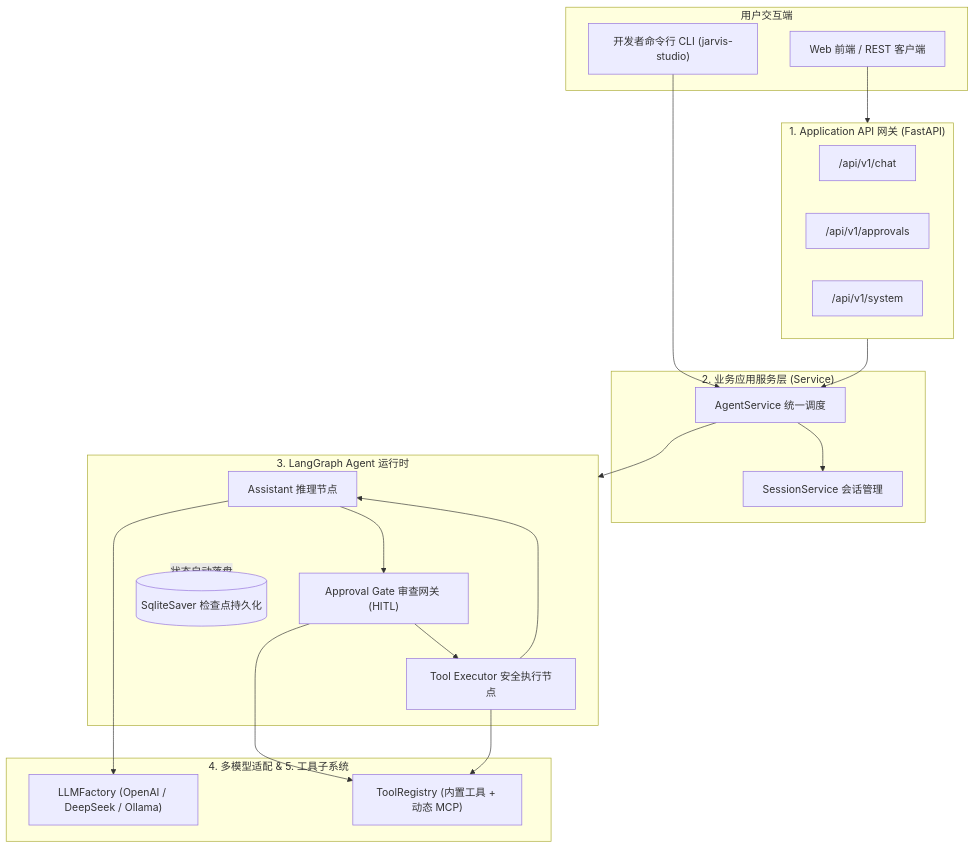
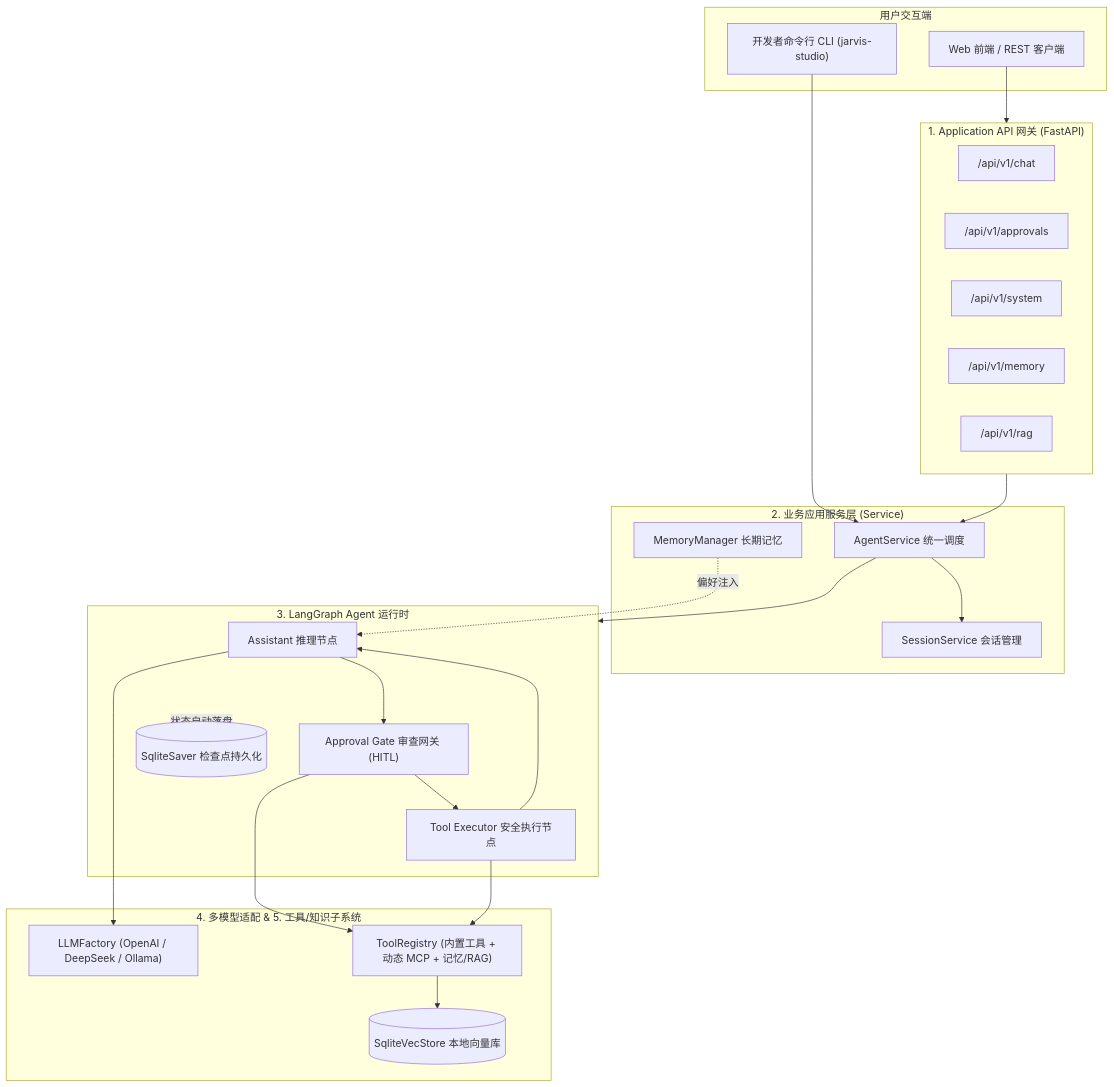
One commit to theGitForDalibor/JarvisStudio changed the diagram in README.md. Above: the diagram before and after it, drawn with Mermaid. The commit also changed other lines of this file and 66 other files, not shown here.

````diff
--- a/README.md
+++ b/README.md
@@ -60,39 +63,45 @@
 ```mermaid
 flowchart TD
     subgraph UI ["用户交互端"]
         CLI["开发者命令行 CLI (jarvis-studio)"]
         CLIENT["Web 前端 / REST 客户端"]
     end
 
     subgraph API ["1. Application API 网关 (FastAPI)"]
         ENDPOINT_CHAT["/api/v1/chat"]
         ENDPOINT_APPR["/api/v1/approvals"]
         ENDPOINT_SYS["/api/v1/system"]
+        ENDPOINT_MEM["/api/v1/memory"]
+        ENDPOINT_RAG["/api/v1/rag"]
     end
 
     subgraph SVC ["2. 业务应用服务层 (Service)"]
         AGENT_SVC["AgentService 统一调度"]
         SESS_SVC["SessionService 会话管理"]
+        MEM_MGR["MemoryManager 长期记忆"]
     end
 
     subgraph RUNTIME ["3. LangGraph Agent 运行时"]
         ASST["Assistant 推理节点"]
         GATE["Approval Gate 审查网关 (HITL)"]
         EXEC["Tool Executor 安全执行节点"]
         CHECKPOINTER[("SqliteSaver 检查点持久化")]
     end
 
-    subgraph CORE ["4. 多模型适配 & 5. 工具子系统"]
+    subgraph CORE ["4. 多模型适配 & 5. 工具/知识子系统"]
         LLM["LLMFactory (OpenAI / DeepSeek / Ollama)"]
-        REGISTRY["ToolRegistry (内置工具 + 动态 MCP)"]
+        REGISTRY["ToolRegistry (内置工具 + 动态 MCP + 记忆/RAG)"]
+        VECSTORE[("SqliteVecStore 本地向量库")]
     end
 
     CLI --> AGENT_SVC
     CLIENT --> API --> AGENT_SVC
     AGENT_SVC --> SESS_SVC
     AGENT_SVC --> RUNTIME
+    MEM_MGR -. 偏好注入 .-> ASST
     ASST --> GATE --> EXEC --> ASST
     RUNTIME -. 状态自动落盘 .-> CHECKPOINTER
     ASST --> LLM
     GATE & EXEC --> REGISTRY
+    REGISTRY --> VECSTORE
 ```
````
